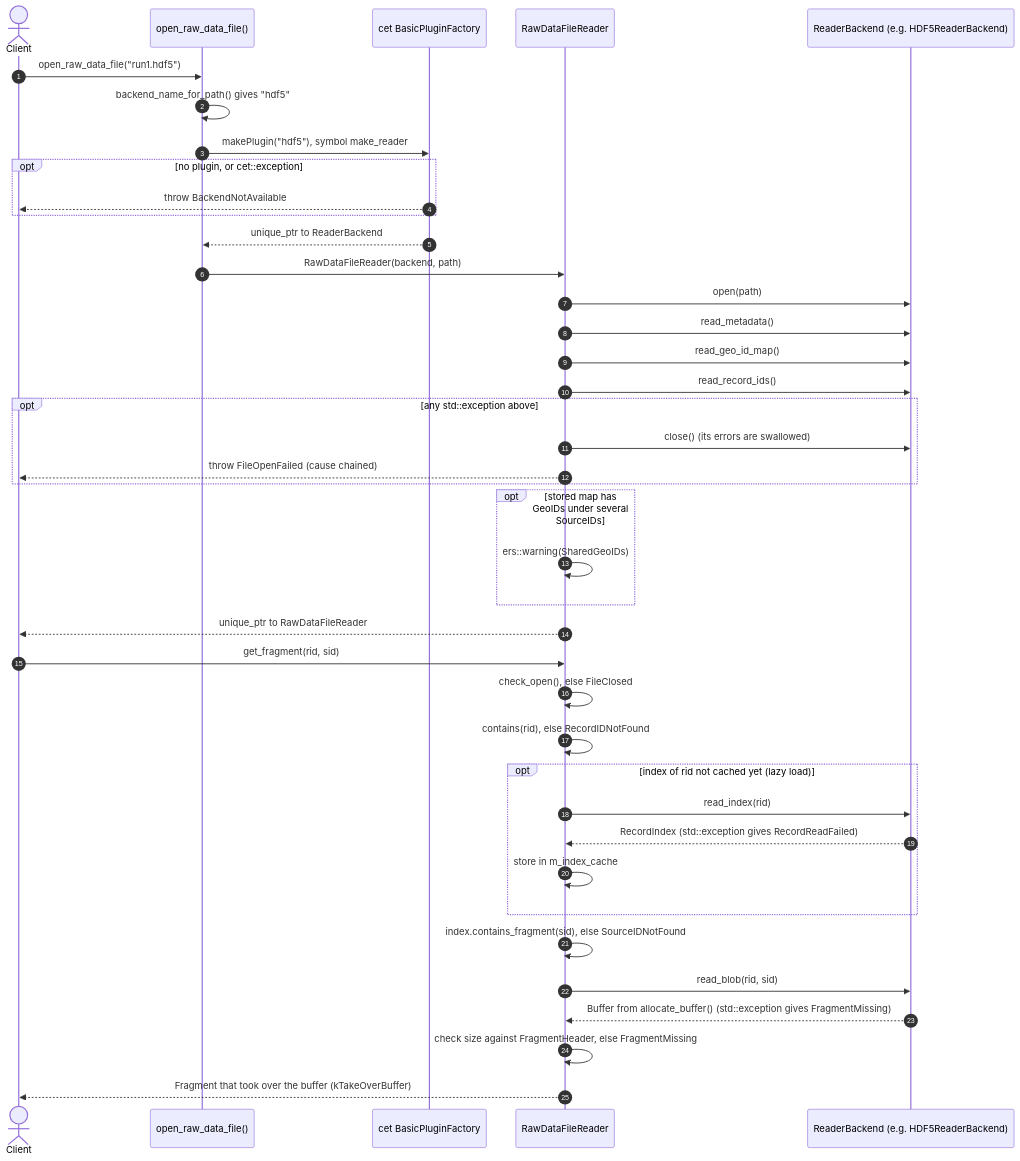
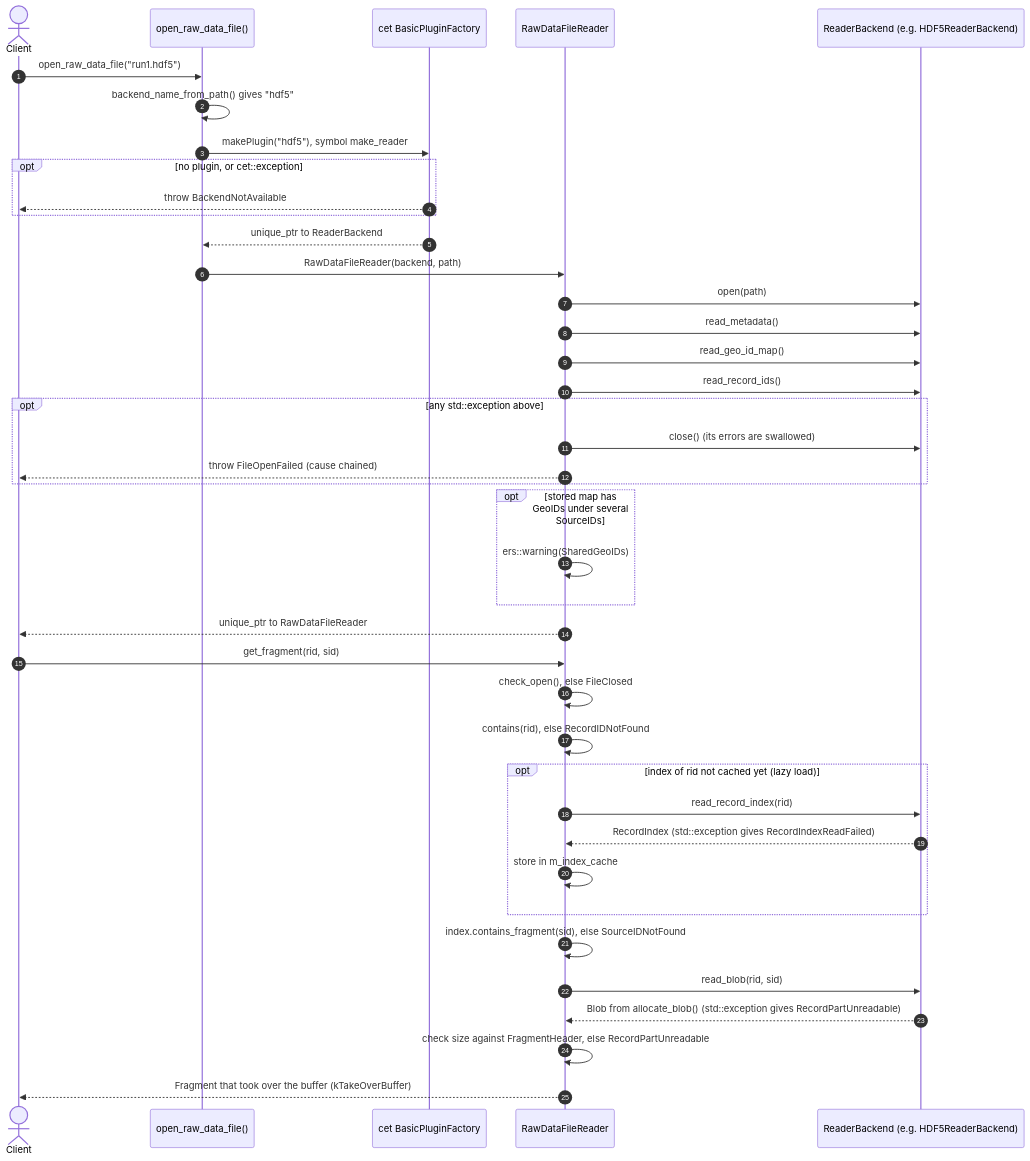
The seventh of 12 diagrams in docs/DESIGN.md (wesketchum/rawdatafilelibs), drawn with Mermaid before and after one commit. The commit also changed other lines of this file and 4 other files, not shown here.

````diff
--- a/docs/DESIGN.md
+++ b/docs/DESIGN.md
@@ -693,44 +693,44 @@
 ```mermaid
 sequenceDiagram
     autonumber
     actor C as Client
     participant F as open_raw_data_file()
     participant PF as cet BasicPluginFactory
     participant R as RawDataFileReader
     participant B as ReaderBackend (e.g. HDF5ReaderBackend)
 
     C->>F: open_raw_data_file("run1.hdf5")
-    F->>F: backend_name_for_path() gives "hdf5"
+    F->>F: backend_name_from_path() gives "hdf5"
     F->>PF: makePlugin("hdf5"), symbol make_reader
     opt no plugin, or cet::exception
         PF-->>C: throw BackendNotAvailable
     end
     PF-->>F: unique_ptr to ReaderBackend
     F->>R: RawDataFileReader(backend, path)
     R->>B: open(path)
     R->>B: read_metadata()
     R->>B: read_geo_id_map()
     R->>B: read_record_ids()
     opt any std::exception above
         R->>B: close() (its errors are swallowed)
         R-->>C: throw FileOpenFailed (cause chained)
     end
     opt stored map has GeoIDs under several SourceIDs
         R->>R: ers::warning(SharedGeoIDs)
     end
     R-->>C: unique_ptr to RawDataFileReader
 
     C->>R: get_fragment(rid, sid)
     R->>R: check_open(), else FileClosed
     R->>R: contains(rid), else RecordIDNotFound
     opt index of rid not cached yet (lazy load)
-        R->>B: read_index(rid)
-        B-->>R: RecordIndex (std::exception gives RecordReadFailed)
+        R->>B: read_record_index(rid)
+        B-->>R: RecordIndex (std::exception gives RecordIndexReadFailed)
         R->>R: store in m_index_cache
     end
     R->>R: index.contains_fragment(sid), else SourceIDNotFound
     R->>B: read_blob(rid, sid)
-    B-->>R: Buffer from allocate_buffer() (std::exception gives FragmentMissing)
-    R->>R: check size against FragmentHeader, else FragmentMissing
+    B-->>R: Blob from allocate_blob() (std::exception gives RecordPartUnreadable)
+    R->>R: check size against FragmentHeader, else RecordPartUnreadable
     R-->>C: Fragment that took over the buffer (kTakeOverBuffer)
 ```
````
